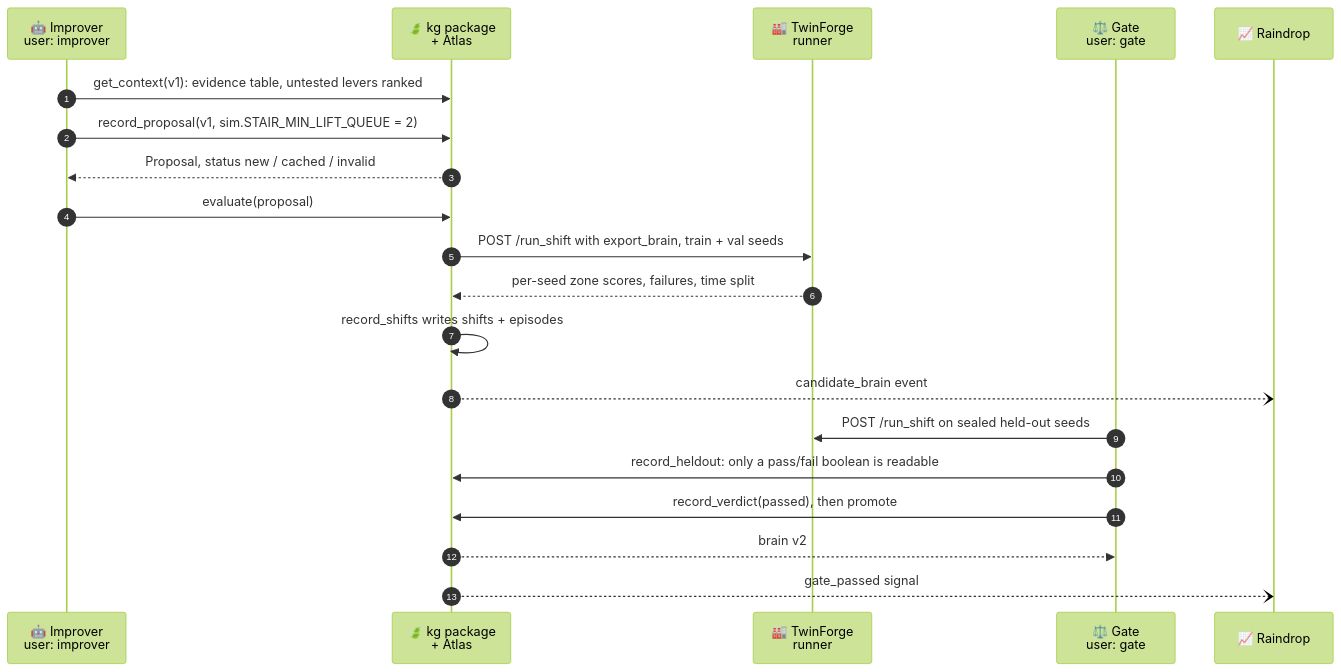
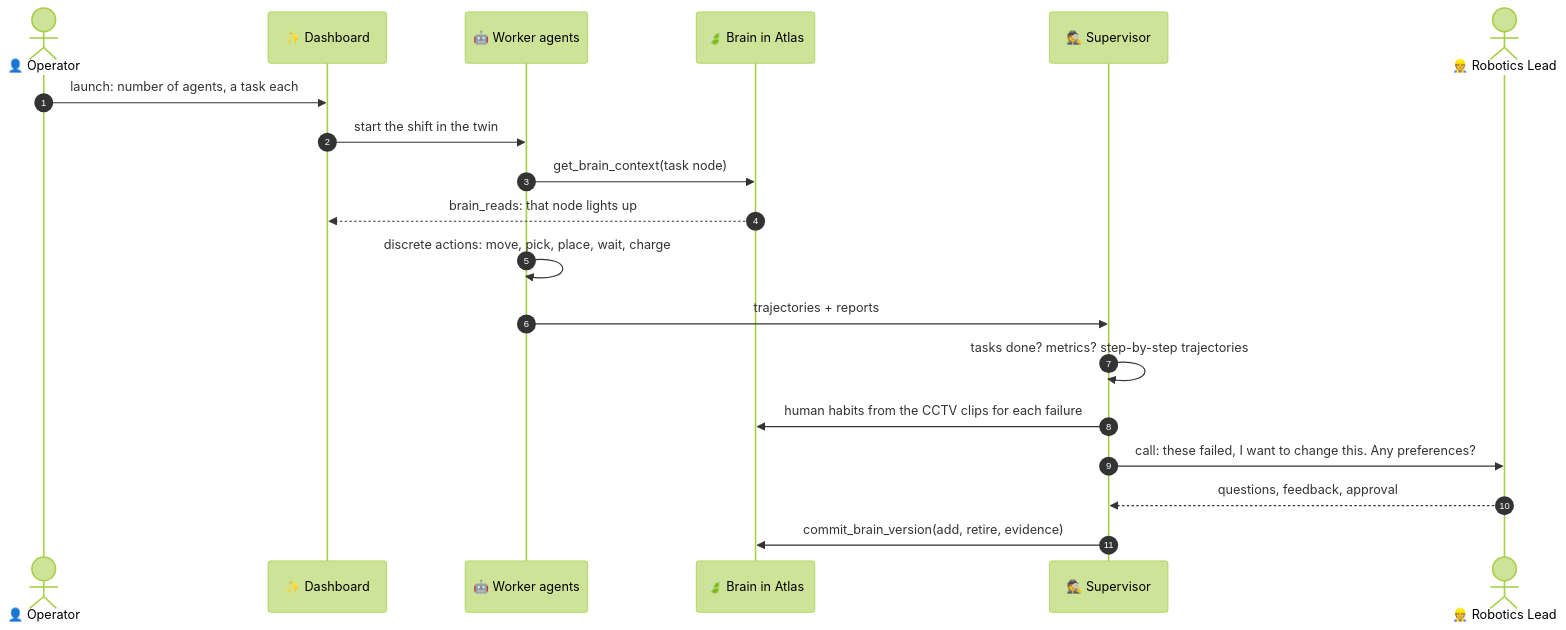
Before and after one commit to ShashwatM3/mongodb-harness-engineering-hackathon: the second of 10 diagrams in README.md, drawn with Mermaid (forest theme). The commit also changed other lines of this file and 1 other file, not shown here.

````diff
--- a/README.md
+++ b/README.md
@@ -166,23 +167,22 @@
 ```mermaid
 sequenceDiagram
     autonumber
-    participant I as 🤖 Improver<br/>user: improver
-    participant K as 🍃 kg package<br/>+ Atlas
-    participant T as 🏭 TwinForge<br/>runner
-    participant G as ⚖️ Gate<br/>user: gate
-    participant R as 📈 Raindrop
+    actor U as 👤 Operator
+    participant D as ✨ Dashboard
+    participant W as 🤖 Worker agents
+    participant K as 🍃 Brain in Atlas
+    participant S as 🕵️ Supervisor
+    actor L as 👷 Robotics Lead
 
-    I->>K: get_context(v1): evidence table, untested levers ranked
-    I->>K: record_proposal(v1, sim.STAIR_MIN_LIFT_QUEUE = 2)
-    K-->>I: Proposal, status new / cached / invalid
-    I->>K: evaluate(proposal)
-    K->>T: POST /run_shift with export_brain, train + val seeds
-    T-->>K: per-seed zone scores, failures, time split
-    K->>K: record_shifts writes shifts + episodes
-    K--)R: candidate_brain event
-    G->>T: POST /run_shift on sealed held-out seeds
-    G->>K: record_heldout: only a pass/fail boolean is readable
-    G->>K: record_verdict(passed), then promote
-    K-->>G: brain v2
-    K--)R: gate_passed signal
+    U->>D: launch: number of agents, a task each
+    D->>W: start the shift in the twin
+    W->>K: get_brain_context(task node)
+    K-->>D: brain_reads: that node lights up
+    W->>W: discrete actions: move, pick, place, wait, charge
+    W->>S: trajectories + reports
+    S->>S: tasks done? metrics? step-by-step trajectories
+    S->>K: human habits from the CCTV clips for each failure
+    S->>L: call: these failed, I want to change this. Any preferences?
+    L-->>S: questions, feedback, approval
+    S->>K: commit_brain_version(add, retire, evidence)
 ```
````
